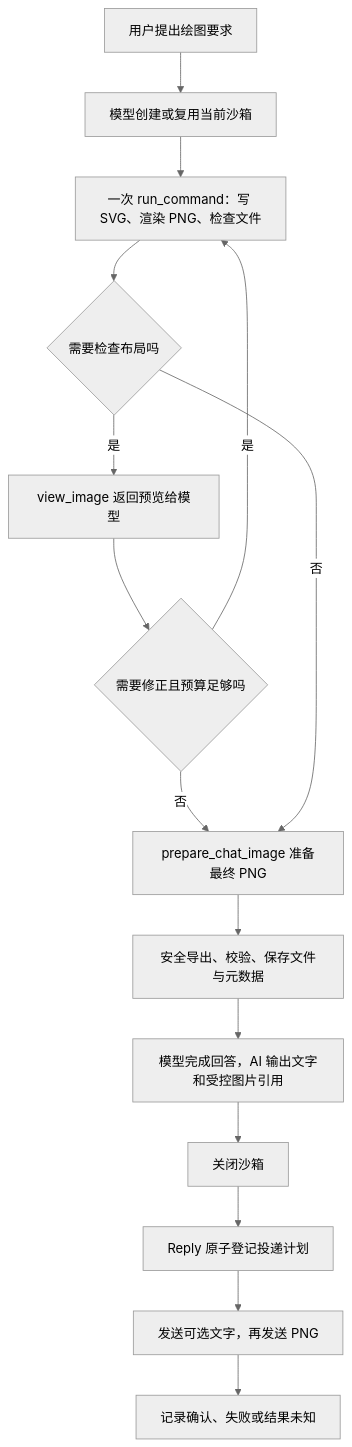
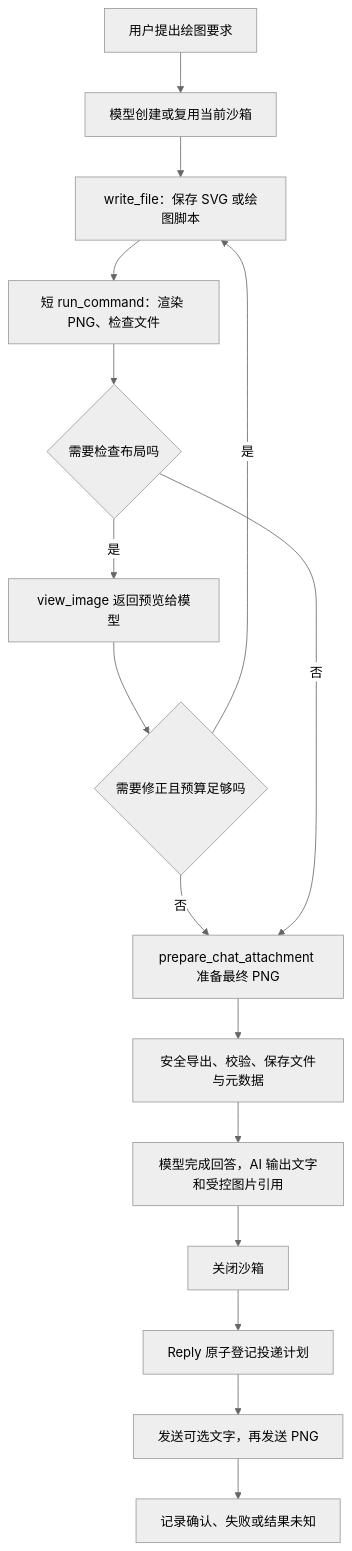
The diagram in doc/技术方案-沙箱绘图与聊天图片回复.md (shigella520/BubblePilot), drawn with Mermaid (neutral theme) before and after one commit. The commit also changed other lines of this file and 61 other files, not shown here.

````diff
--- a/doc/技术方案-沙箱绘图与聊天图片回复.md
+++ b/doc/技术方案-沙箱绘图与聊天图片回复.md
@@ -46,17 +48,18 @@
 ```mermaid
 flowchart TD
     A[用户提出绘图要求] --> B[模型创建或复用当前沙箱]
-    B --> C[一次 run_command：写 SVG、渲染 PNG、检查文件]
+    B --> W[write_file：保存 SVG 或绘图脚本]
+    W --> C[短 run_command：渲染 PNG、检查文件]
     C --> D{需要检查布局吗}
     D -->|是| E[view_image 返回预览给模型]
     E --> F{需要修正且预算足够吗}
-    F -->|是| C
-    F -->|否| G[prepare_chat_image 准备最终 PNG]
+    F -->|是| W
+    F -->|否| G[prepare_chat_attachment 准备最终 PNG]
     D -->|否| G
     G --> H[安全导出、校验、保存文件与元数据]
     H --> I[模型完成回答，AI 输出文字和受控图片引用]
     I --> J[关闭沙箱]
     J --> K[Reply 原子登记投递计划]
     K --> L[发送可选文字，再发送 PNG]
     L --> M[记录确认、失败或结果未知]
 ```
````
